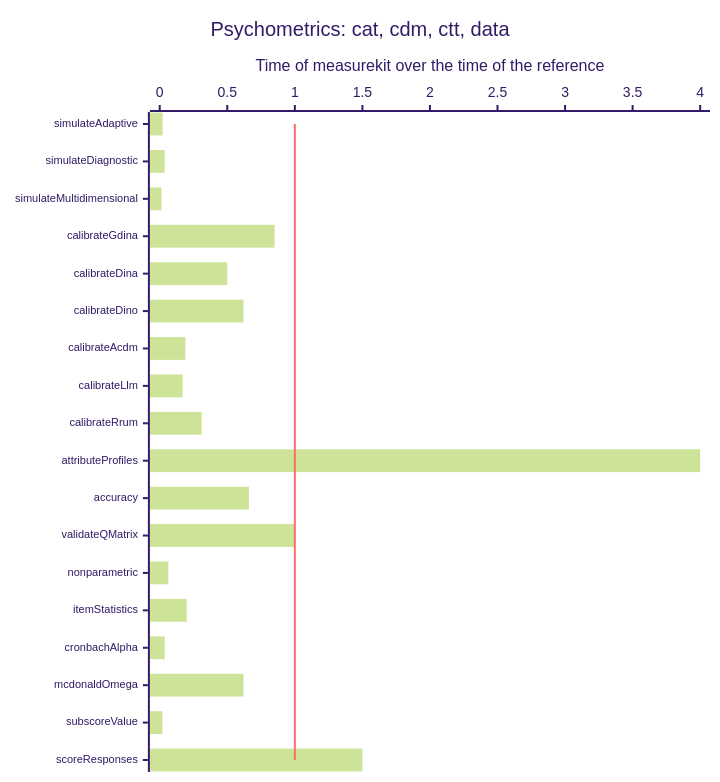
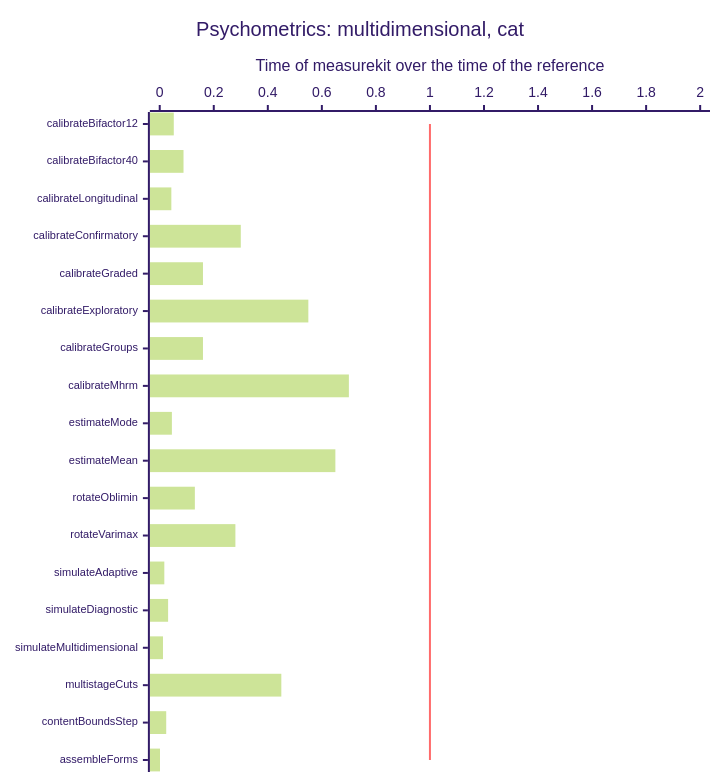
Before and after one commit to measurekit/measurekit: the third of 12 diagrams in docs/performance.md, drawn with Mermaid (forest theme). The commit also changed other lines of this file and 2 other files, not shown here.

````diff
--- a/docs/performance.md
+++ b/docs/performance.md
@@ -33,9 +33,9 @@
 ```mermaid
 %%{init: {"xyChart": {"height": 762, "xAxis": {"labelFontSize": 11}}}}%%
 xychart-beta horizontal
-  title "Psychometrics: cat, cdm, ctt, data"
-  x-axis ["simulateAdaptive", "simulateDiagnostic", "simulateMultidimensional", "calibrateGdina", "calibrateDina", "calibrateDino", "calibrateAcdm", "calibrateLlm", "calibrateRrum", "attributeProfiles", "accuracy", "validateQMatrix", "nonparametric", "itemStatistics", "cronbachAlpha", "mcdonaldOmega", "subscoreValue", "scoreResponses"]
-  y-axis "Time of measurekit over the time of the reference" 0 --> 4
-  bar [0.021, 0.037, 0.013, 0.85, 0.5, 0.62, 0.19, 0.17, 0.31, 4, 0.66, 1, 0.064, 0.2, 0.037, 0.62, 0.02, 1.5]
+  title "Psychometrics: multidimensional, cat"
+  x-axis ["calibrateBifactor12", "calibrateBifactor40", "calibrateLongitudinal", "calibrateConfirmatory", "calibrateGraded", "calibrateExploratory", "calibrateGroups", "calibrateMhrm", "estimateMode", "estimateMean", "rotateOblimin", "rotateVarimax", "simulateAdaptive", "simulateDiagnostic", "simulateMultidimensional", "multistageCuts", "contentBoundsStep", "assembleForms"]
+  y-axis "Time of measurekit over the time of the reference" 0 --> 2
+  bar [0.052, 0.088, 0.043, 0.3, 0.16, 0.55, 0.16, 0.7, 0.045, 0.65, 0.13, 0.28, 0.017, 0.031, 0.012, 0.45, 0.024, 0.001]
   line [1, 1, 1, 1, 1, 1, 1, 1, 1, 1, 1, 1, 1, 1, 1, 1, 1, 1]
 ```
````
